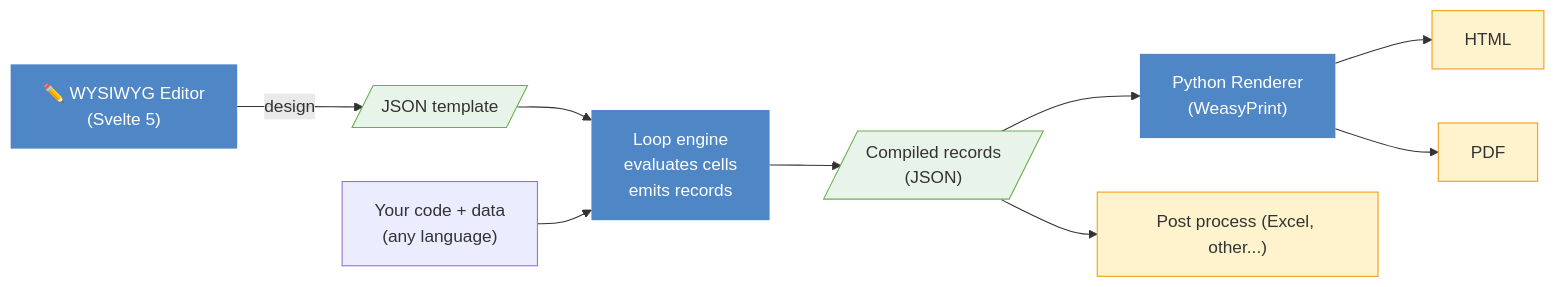
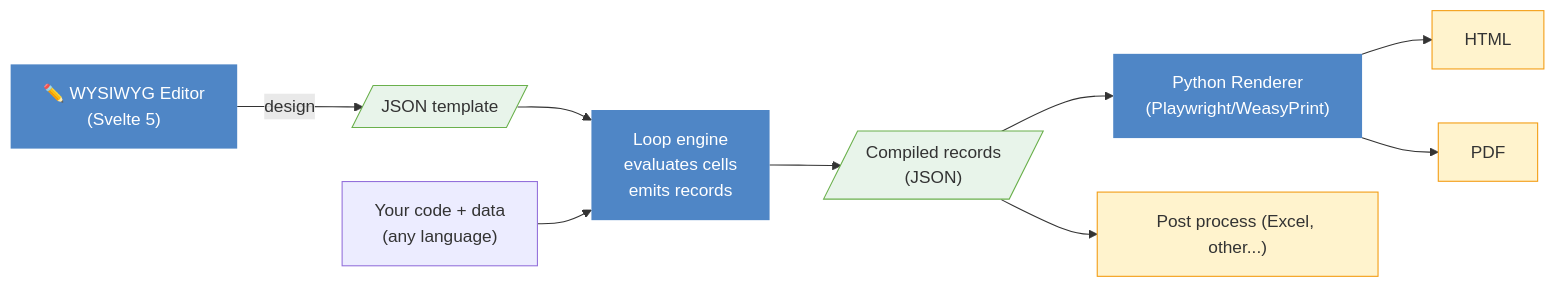
Before and after one commit to claudiodriussi/andrep: the diagram in README.md, drawn with Mermaid. The commit also changed other lines of this file and 10 other files, not shown here.

Commit message:
add pluggable PDF backend (Playwright default, WeasyPrint fallback) and align docs

````diff
--- a/README.md
+++ b/README.md
@@ -24,30 +24,30 @@
 ```mermaid
 flowchart LR
     E["✏️ WYSIWYG Editor\n(Svelte 5)"]
     T[/"JSON template"/]
     D["Your code + data\n(any language)"]
     L["Loop engine\nevaluates cells\nemits records"]
     R[/"Compiled records\n(JSON)"/]
-    P["Python Renderer\n(WeasyPrint)"]
+    P["Python Renderer\n(Playwright/WeasyPrint)"]
     H["HTML"]
     PDF["PDF"]
     J["Post process (Excel, other...)"]
 
     E -->|design| T
     T --> L
     D --> L
     L --> R
     R --> P
     P --> H
     P --> PDF
     R --> J
 
     style E fill:#4f86c6,color:#fff,stroke:none
     style L fill:#4f86c6,color:#fff,stroke:none
     style P fill:#4f86c6,color:#fff,stroke:none
     style T fill:#e8f4ea,stroke:#6ab04c
     style R fill:#e8f4ea,stroke:#6ab04c
     style H fill:#fff3cd,stroke:#f39c12
     style PDF fill:#fff3cd,stroke:#f39c12
     style J fill:#fff3cd,stroke:#f39c12
 ```
````
